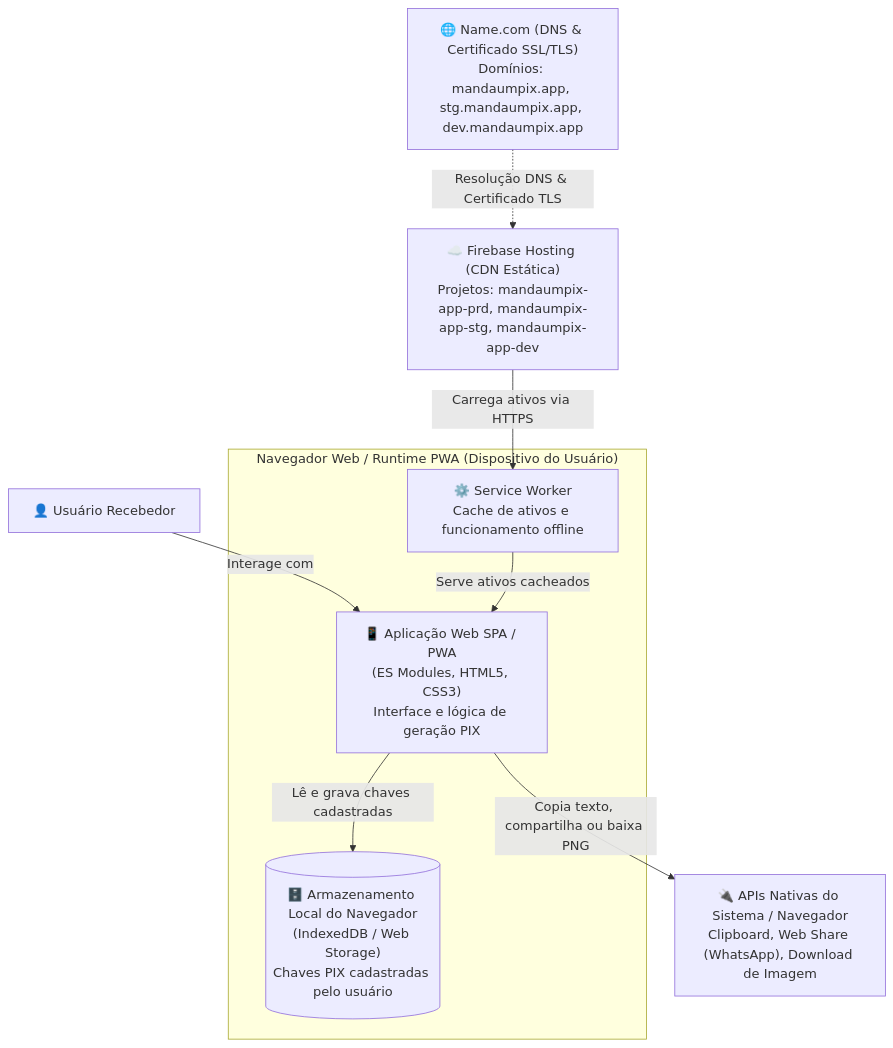
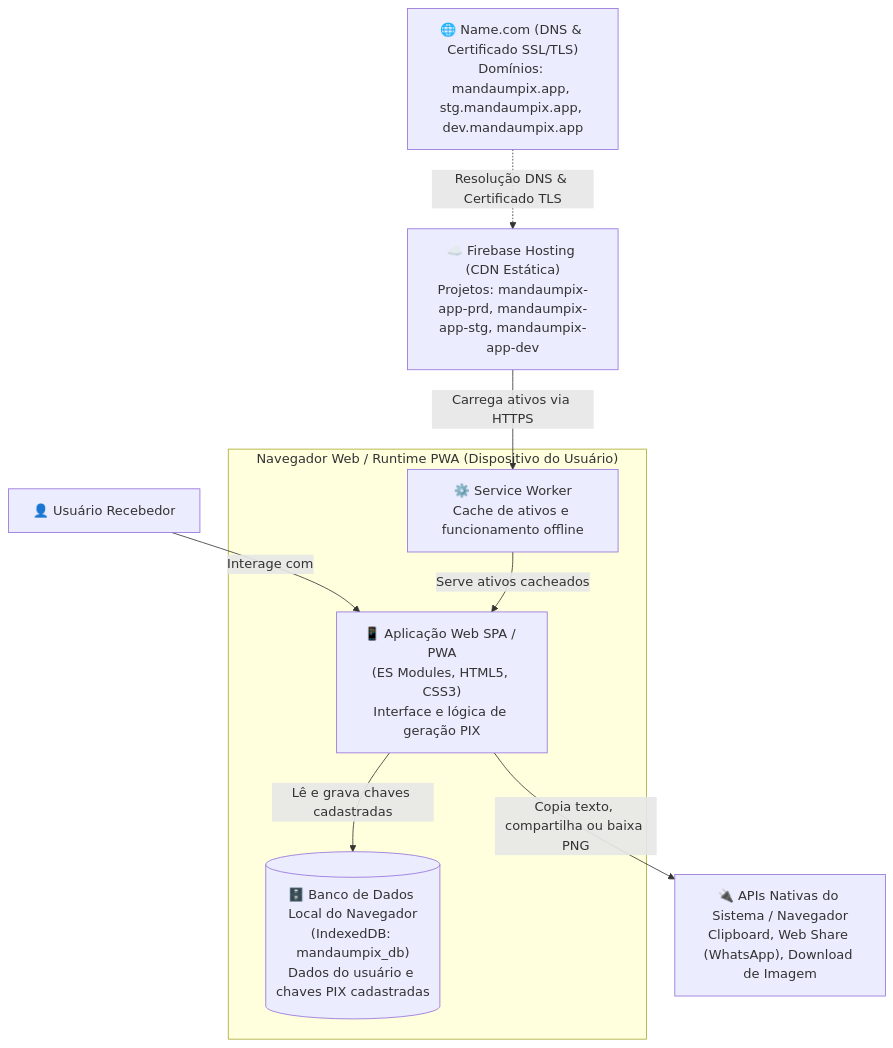
Before and after one commit to luizcanet/mandaumpix.app: the second of 3 diagrams in docs/architecture/c4_models.md, drawn with Mermaid. The commit also changed other lines of this file and 13 other files, not shown here.

Commit message:
docs: update changelog and architecture documentation for local persistence and updates

````diff
--- a/docs/architecture/c4_models.md
+++ b/docs/architecture/c4_models.md
@@ -40,21 +40,21 @@
 ```mermaid
 flowchart TD
     User["👤 Usuário Recebedor"]
 
     subgraph Browser["Navegador Web / Runtime PWA (Dispositivo do Usuário)"]
         PWAApp["📱 Aplicação Web SPA / PWA<br/>(ES Modules, HTML5, CSS3)<br/>Interface e lógica de geração PIX"]
         SW["⚙️ Service Worker<br/>Cache de ativos e funcionamento offline"]
-        LocalStore[("🗄️ Armazenamento Local do Navegador<br/>(IndexedDB / Web Storage)<br/>Chaves PIX cadastradas pelo usuário")]
+        LocalStore[("🗄️ Banco de Dados Local do Navegador<br/>(IndexedDB: mandaumpix_db)<br/>Dados do usuário e chaves PIX cadastradas")]
     end
 
     DNS["🌐 Name.com (DNS & Certificado SSL/TLS)<br/>Domínios: mandaumpix.app, stg.mandaumpix.app, dev.mandaumpix.app"]
     CDN["☁️ Firebase Hosting (CDN Estática)<br/>Projetos: mandaumpix-app-prd, mandaumpix-app-stg, mandaumpix-app-dev"]
     NativeAPIs["🔌 APIs Nativas do Sistema / Navegador<br/>Clipboard, Web Share (WhatsApp), Download de Imagem"]
 
     User -->|"Interage com"| PWAApp
     DNS -.->|"Resolução DNS & Certificado TLS"| CDN
     CDN -->|"Carrega ativos via HTTPS"| SW
     SW -->|"Serve ativos cacheados"| PWAApp
     PWAApp -->|"Lê e grava chaves cadastradas"| LocalStore
     PWAApp -->|"Copia texto, compartilha ou baixa PNG"| NativeAPIs
 ```
````
